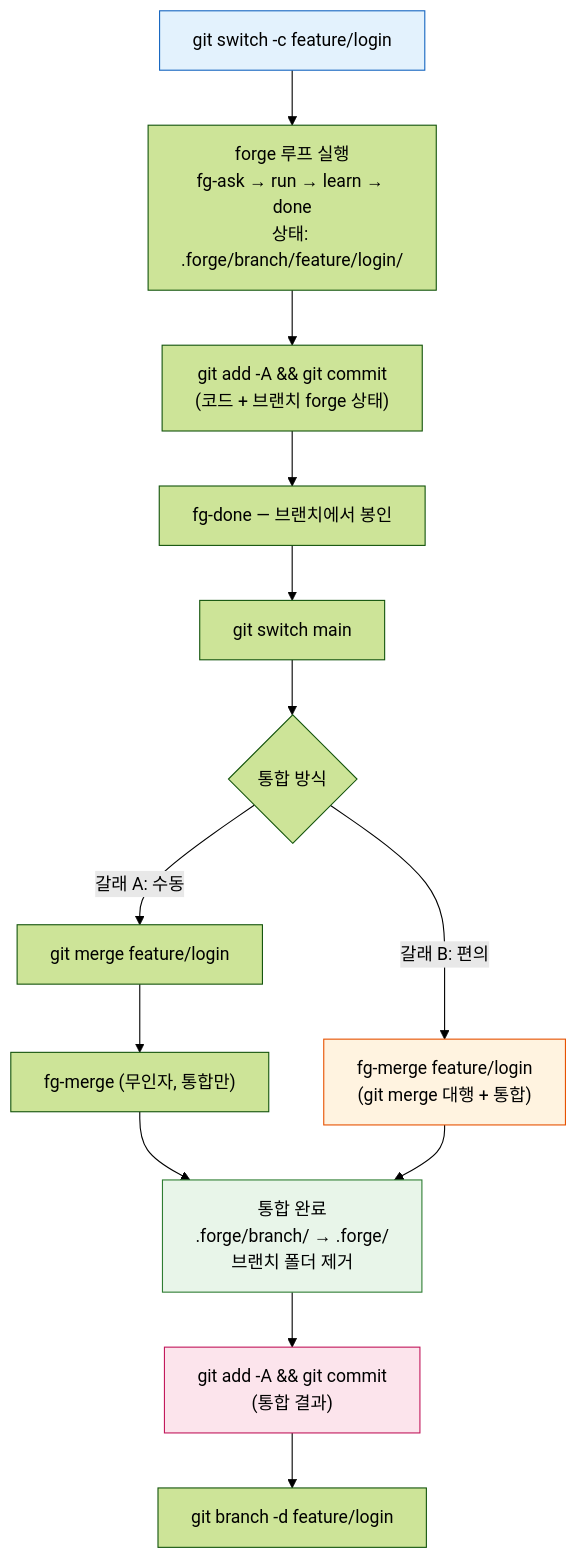
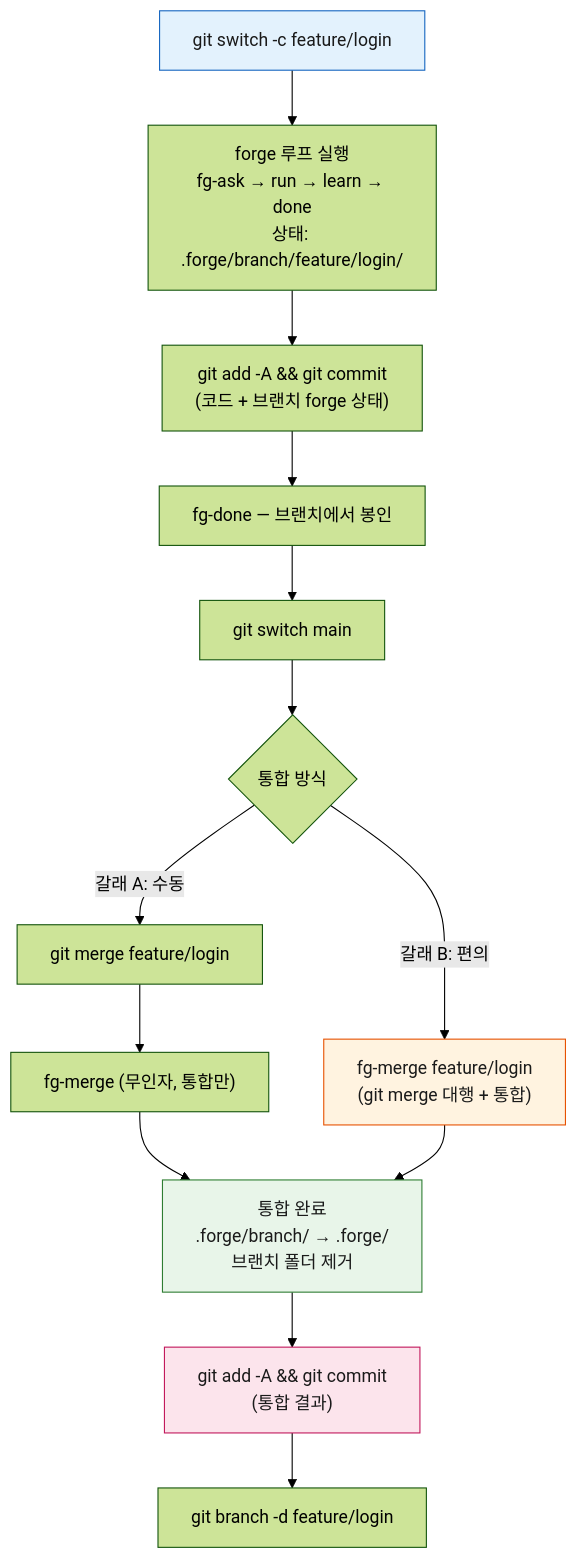
One commit to gyuha/forge changed the diagram in docs/git-workflow.md. Above: the diagram before and after it, drawn with Mermaid (forest theme). The commit also changed 7 other files, not shown here.

````diff
--- a/docs/git-workflow.md
+++ b/docs/git-workflow.md
@@ -120,20 +120,20 @@
 ```mermaid
 flowchart TD
     A["git switch -c feature/login"] --> B["forge 루프 실행<br/>fg-ask → run → learn → done<br/>상태: .forge/branch/feature/login/"]
     B --> C["git add -A && git commit<br/>(코드 + 브랜치 forge 상태)"]
     C --> D["fg-done — 브랜치에서 봉인"]
     D --> E["git switch main"]
     E --> F{"통합 방식"}
     F -->|"갈래 A: 수동"| G["git merge feature/login"]
     G --> H["fg-merge (무인자, 통합만)"]
     F -->|"갈래 B: 편의"| I["fg-merge feature/login<br/>(git merge 대행 + 통합)"]
     H --> J["통합 완료<br/>.forge/branch/ → .forge/<br/>브랜치 폴더 제거"]
     I --> J
     J --> K["git add -A && git commit<br/>(통합 결과)"]
     K --> L["git branch -d feature/login"]
 
-    style A fill:#e3f2fd,stroke:#1565c0
-    style I fill:#fff3e0,stroke:#e65100
-    style J fill:#e8f5e9,stroke:#2e7d32
-    style K fill:#fce4ec,stroke:#c2185b
+    style A fill:#e3f2fd,stroke:#1565c0,color:#1a1a1a
+    style I fill:#fff3e0,stroke:#e65100,color:#1a1a1a
+    style J fill:#e8f5e9,stroke:#2e7d32,color:#1a1a1a
+    style K fill:#fce4ec,stroke:#c2185b,color:#1a1a1a
 ```
````
